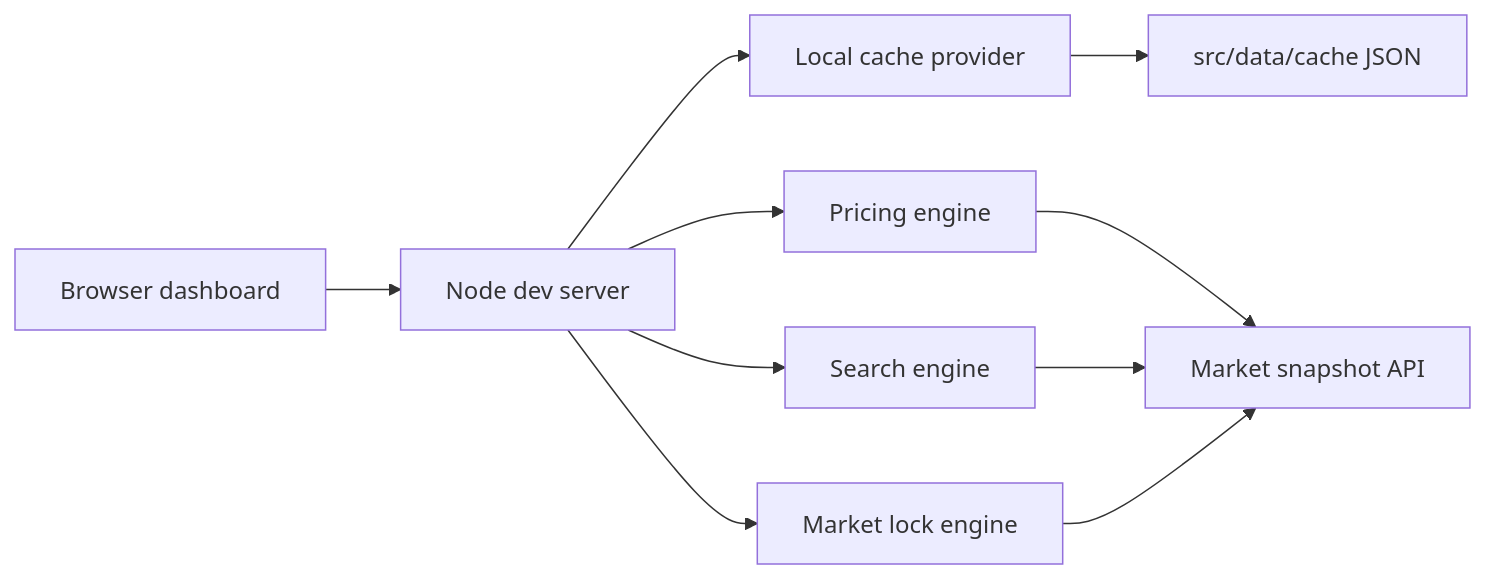
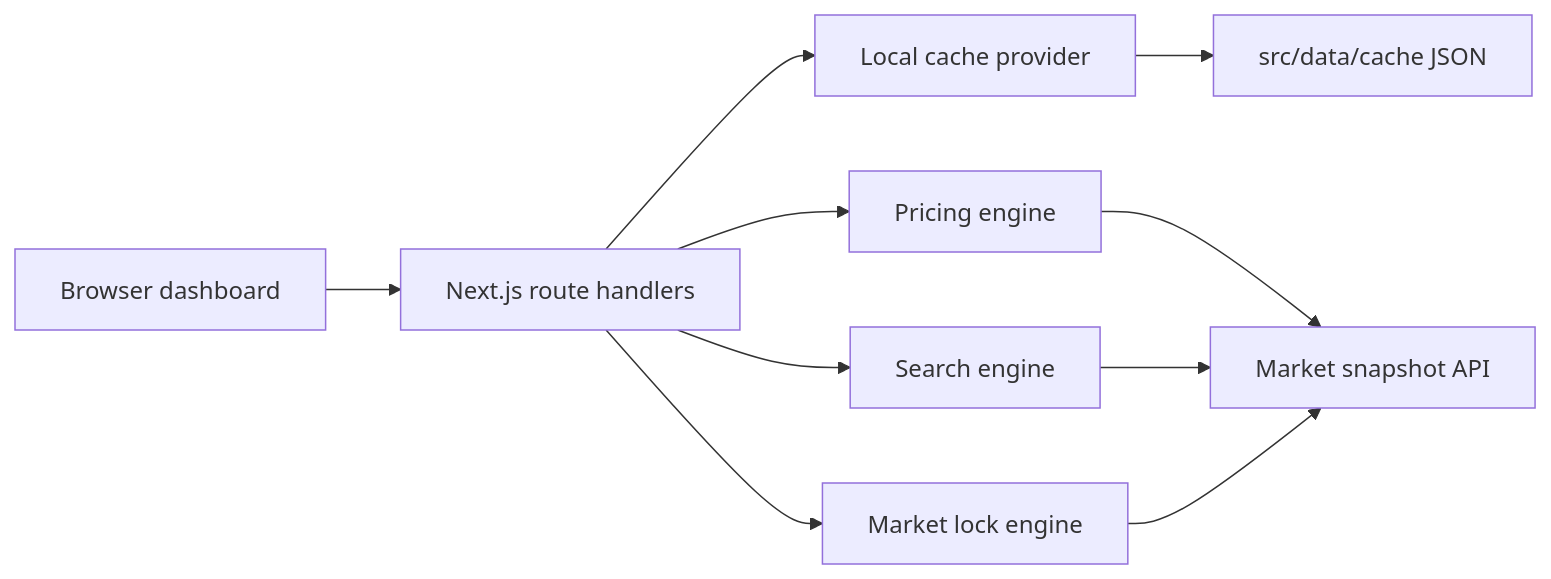
The second of 3 diagrams in docs/02-architecture.md (mkodithuwakku/Hoopfolio), drawn with Mermaid before and after one commit. The commit also changed other lines of this file and 32 other files, not shown here.

````diff
--- a/docs/02-architecture.md
+++ b/docs/02-architecture.md
@@ -21,12 +33,12 @@
 ```mermaid
 flowchart LR
-  Browser["Browser dashboard"] --> Server["Node dev server"]
+  Browser["Browser dashboard"] --> Server["Next.js route handlers"]
   Server --> LocalProvider["Local cache provider"]
   LocalProvider --> CacheFiles["src/data/cache JSON"]
   Server --> Pricing["Pricing engine"]
   Server --> Search["Search engine"]
   Server --> Lock["Market lock engine"]
   Pricing --> Snapshot["Market snapshot API"]
   Search --> Snapshot
   Lock --> Snapshot
 ```
````
